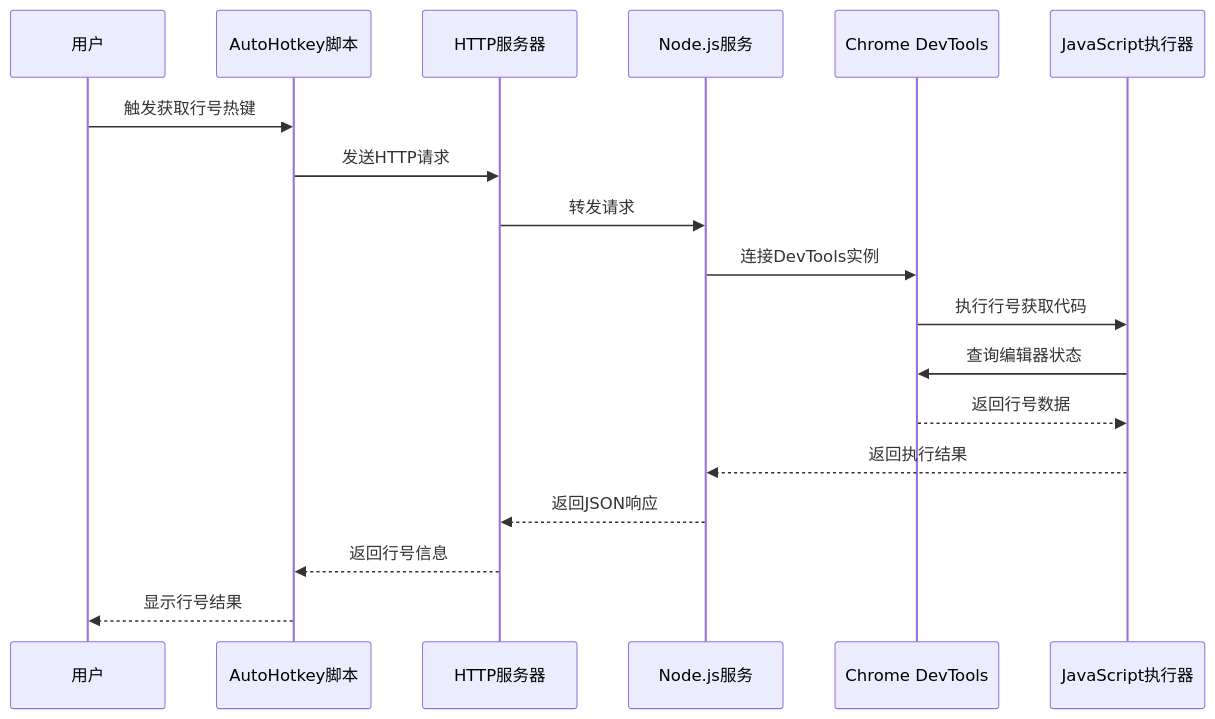
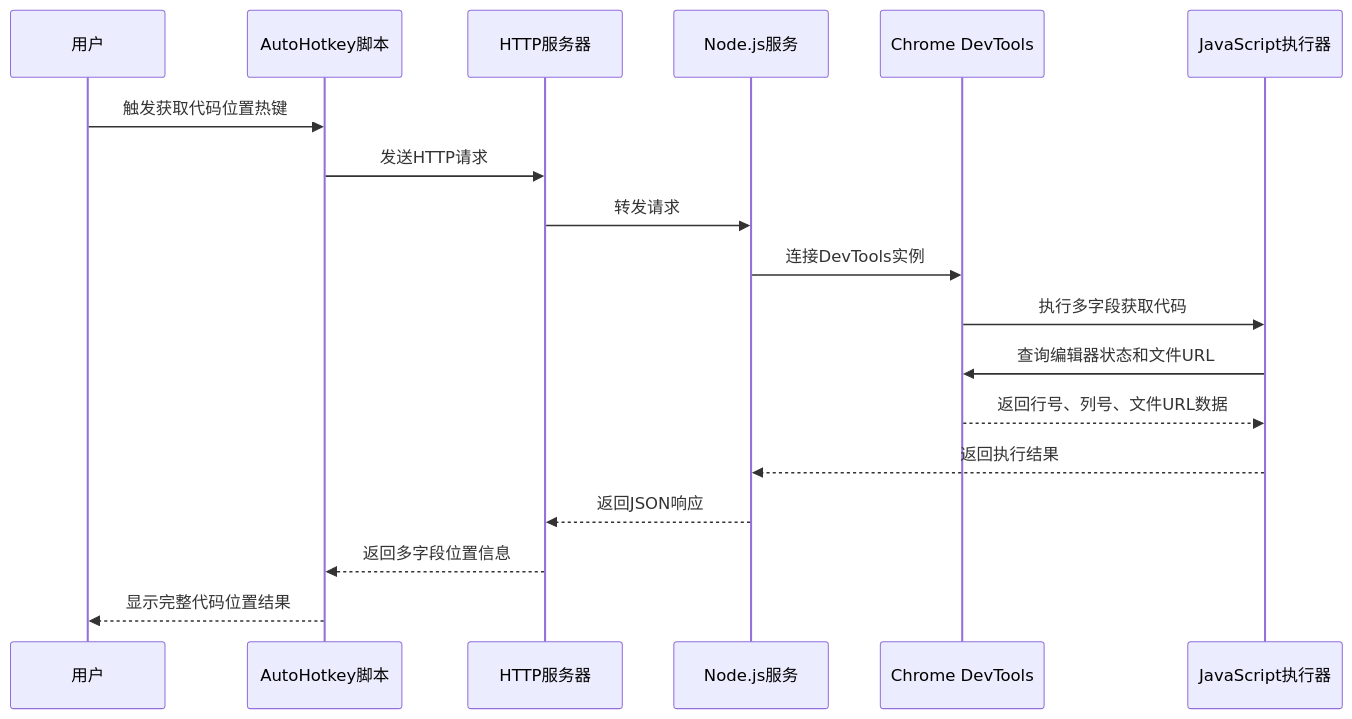
The third of 9 diagrams in .qoder/repowiki/zh/content/外部工具集成/Node.js桥接工具.md (wangys-123doit/hotkey), drawn with Mermaid before and after one commit. The commit also changed other lines of this file and 14 other files, not shown here.

````diff
--- a/.qoder/repowiki/zh/content/外部工具集成/Node.js桥接工具.md
+++ b/.qoder/repowiki/zh/content/外部工具集成/Node.js桥接工具.md
@@ -219,20 +223,20 @@
 ```mermaid
 sequenceDiagram
 participant User as 用户
 participant AHK as AutoHotkey脚本
 participant HTTP as HTTP服务器
 participant Node as Node.js服务
 participant CDP as Chrome DevTools
 participant JS as JavaScript执行器
-User->>AHK : 触发获取行号热键
+User->>AHK : 触发获取代码位置热键
 AHK->>HTTP : 发送HTTP请求
 HTTP->>Node : 转发请求
 Node->>CDP : 连接DevTools实例
-CDP->>JS : 执行行号获取代码
-JS->>CDP : 查询编辑器状态
-CDP-->>JS : 返回行号数据
+CDP->>JS : 执行多字段获取代码
+JS->>CDP : 查询编辑器状态和文件URL
+CDP-->>JS : 返回行号、列号、文件URL数据
 JS-->>Node : 返回执行结果
 Node-->>HTTP : 返回JSON响应
-HTTP-->>AHK : 返回行号信息
-AHK-->>User : 显示行号结果
+HTTP-->>AHK : 返回多字段位置信息
+AHK-->>User : 显示完整代码位置结果
 ```
````
